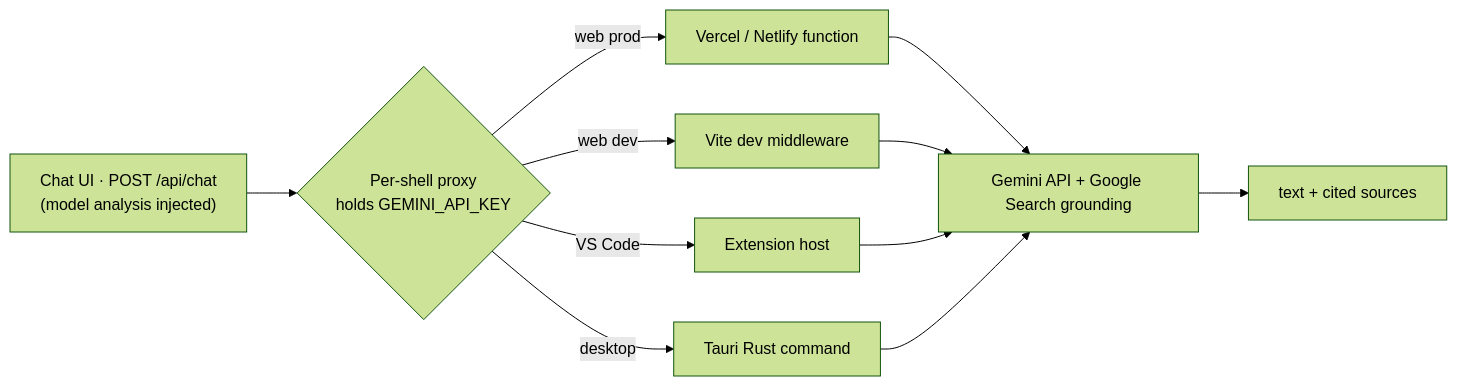
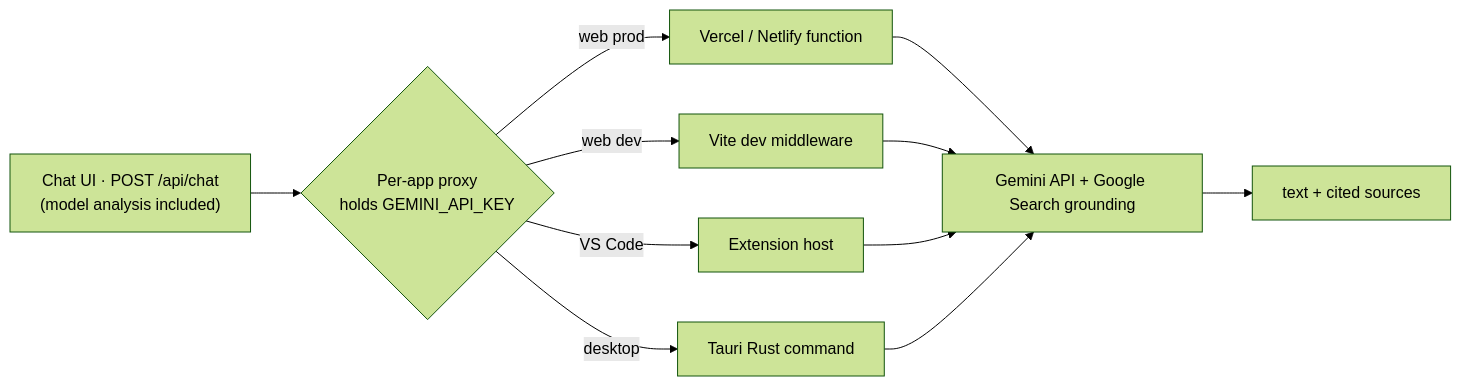
One commit to Premchand006/ModelVisio changed the fourth of 4 diagrams in README.md. Above: the diagram before and after it, drawn with Mermaid (forest theme). The commit also changed other lines of this file and 317 other files, not shown here.

````diff
--- a/README.md
+++ b/README.md
@@ -132,13 +156,13 @@
 ```mermaid
 flowchart LR
-  chat["Chat UI · POST /api/chat<br/>(model analysis injected)"] --> PROXY{"Per-shell proxy<br/>holds GEMINI_API_KEY"}
+  chat["Chat UI · POST /api/chat<br/>(model analysis included)"] --> PROXY{"Per-app proxy<br/>holds GEMINI_API_KEY"}
   PROXY -->|web prod| V["Vercel / Netlify function"]
   PROXY -->|web dev| MW["Vite dev middleware"]
   PROXY -->|VS Code| EH["Extension host"]
   PROXY -->|desktop| RS["Tauri Rust command"]
   V --> GEM["Gemini API + Google Search grounding"]
   MW --> GEM
   EH --> GEM
   RS --> GEM
   GEM --> OUT["text + cited sources"]
 ```
````
